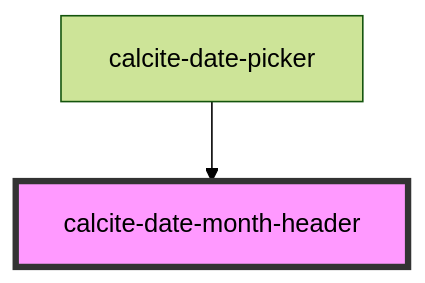
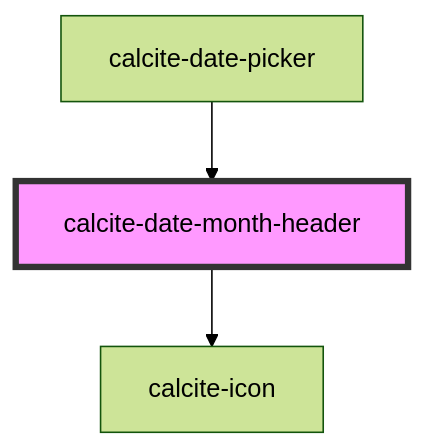
One commit to vikivakarvc/calcite-design-system changed the diagram in src/components/calcite-date-month-header/readme.md. Above: the diagram before and after it, drawn with Mermaid (forest theme). The commit also changed other lines of this file and 27 other files, not shown here.

Commit message:
:up: Upgrade icons to v3.0.0-beta.5, :white_check_mark: Ensure all icons use calcite-icon component

````diff
--- a/src/components/calcite-date-month-header/readme.md
+++ b/src/components/calcite-date-month-header/readme.md
@@ -37,5 +41,6 @@
 ```mermaid
 graph TD;
+  calcite-date-month-header --> calcite-icon
   calcite-date-picker --> calcite-date-month-header
   style calcite-date-month-header fill:#f9f,stroke:#333,stroke-width:4px
 ```
````
